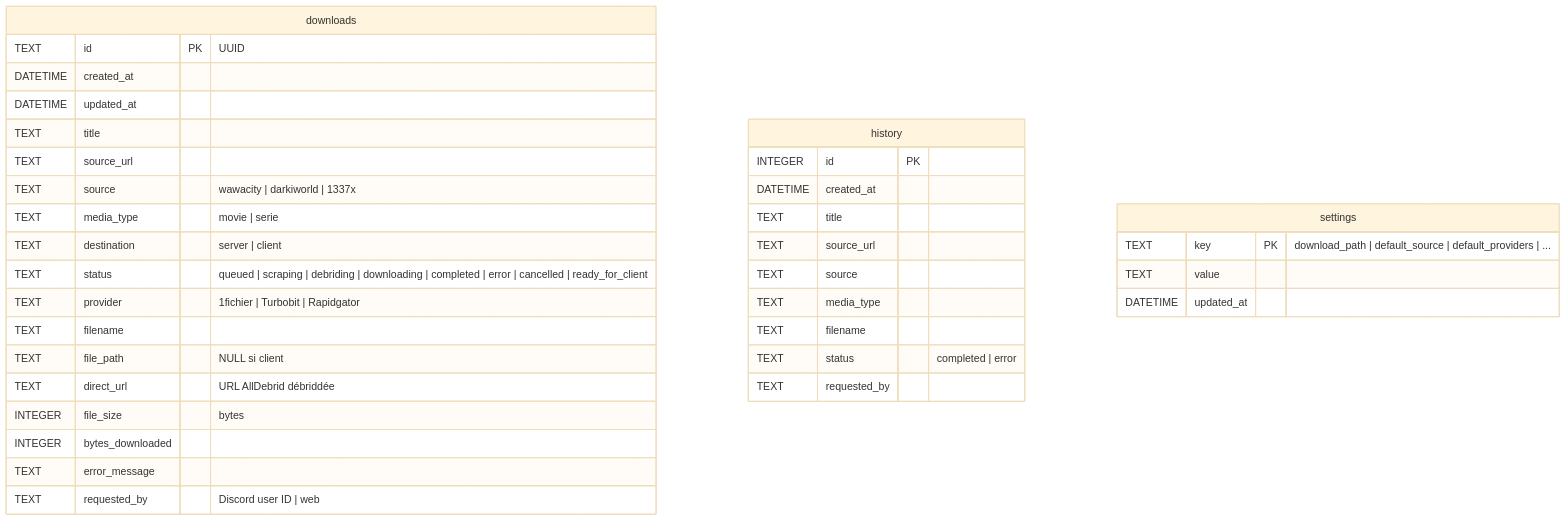
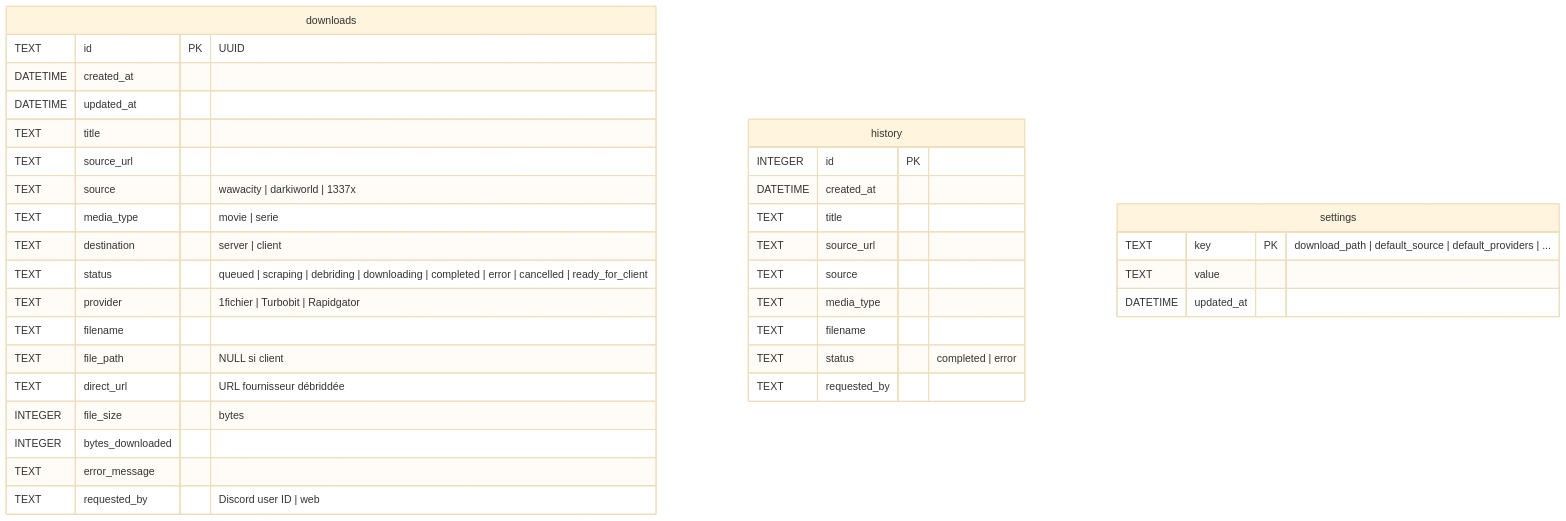
Before and after one commit to Gon3s/dl_discord_bot: the fifth of 7 diagrams in docs/architecture-v2.md, drawn with Mermaid (base theme). The commit also changed other lines of this file and 10 other files, not shown here.

````diff
--- a/docs/architecture-v2.md
+++ b/docs/architecture-v2.md
@@ -206,40 +211,40 @@
 ```mermaid
 erDiagram
     downloads {
         TEXT id PK "UUID"
         DATETIME created_at
         DATETIME updated_at
         TEXT title
         TEXT source_url
         TEXT source "wawacity | darkiworld | 1337x"
         TEXT media_type "movie | serie"
         TEXT destination "server | client"
         TEXT status "queued | scraping | debriding | downloading | completed | error | cancelled | ready_for_client"
         TEXT provider "1fichier | Turbobit | Rapidgator"
         TEXT filename
         TEXT file_path "NULL si client"
-        TEXT direct_url "URL AllDebrid débriddée"
+        TEXT direct_url "URL fournisseur débriddée"
         INTEGER file_size "bytes"
         INTEGER bytes_downloaded
         TEXT error_message
         TEXT requested_by "Discord user ID | web"
     }
 
     history {
         INTEGER id PK
         DATETIME created_at
         TEXT title
         TEXT source_url
         TEXT source
         TEXT media_type
         TEXT filename
         TEXT status "completed | error"
         TEXT requested_by
     }
 
     settings {
         TEXT key PK "download_path | default_source | default_providers | ..."
         TEXT value
         DATETIME updated_at
     }
 ```
````
